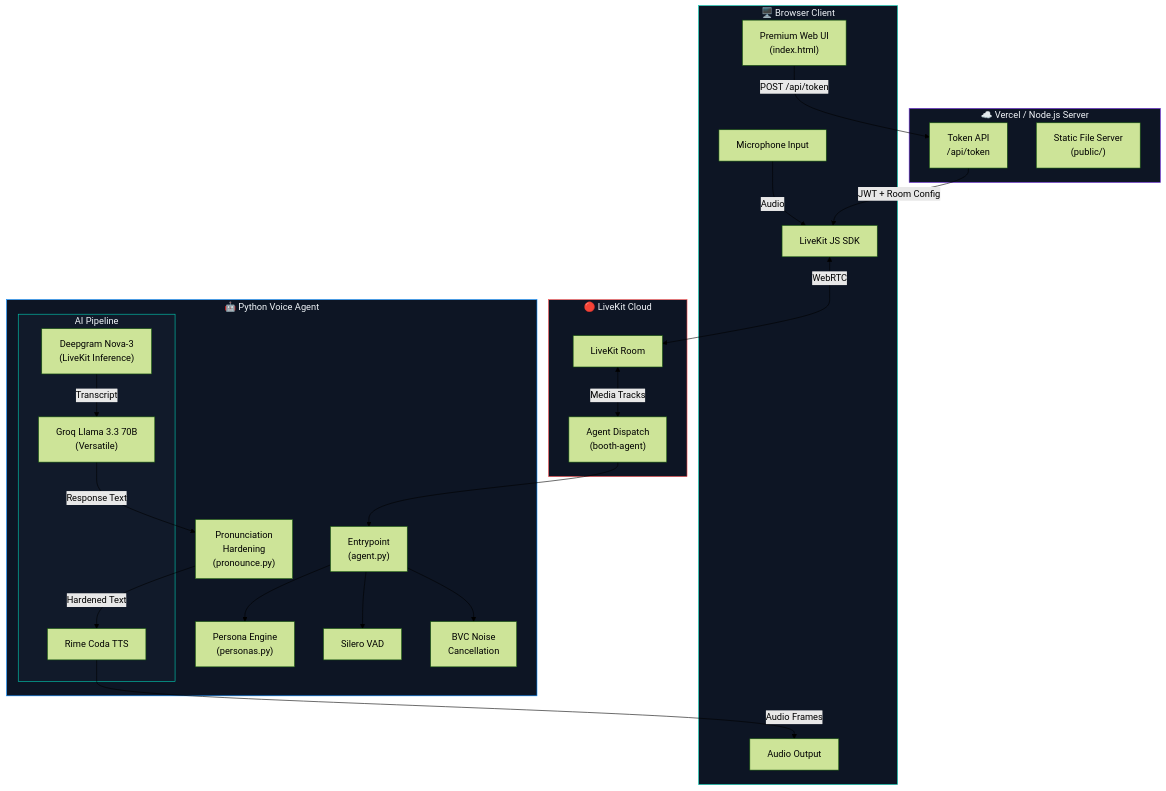
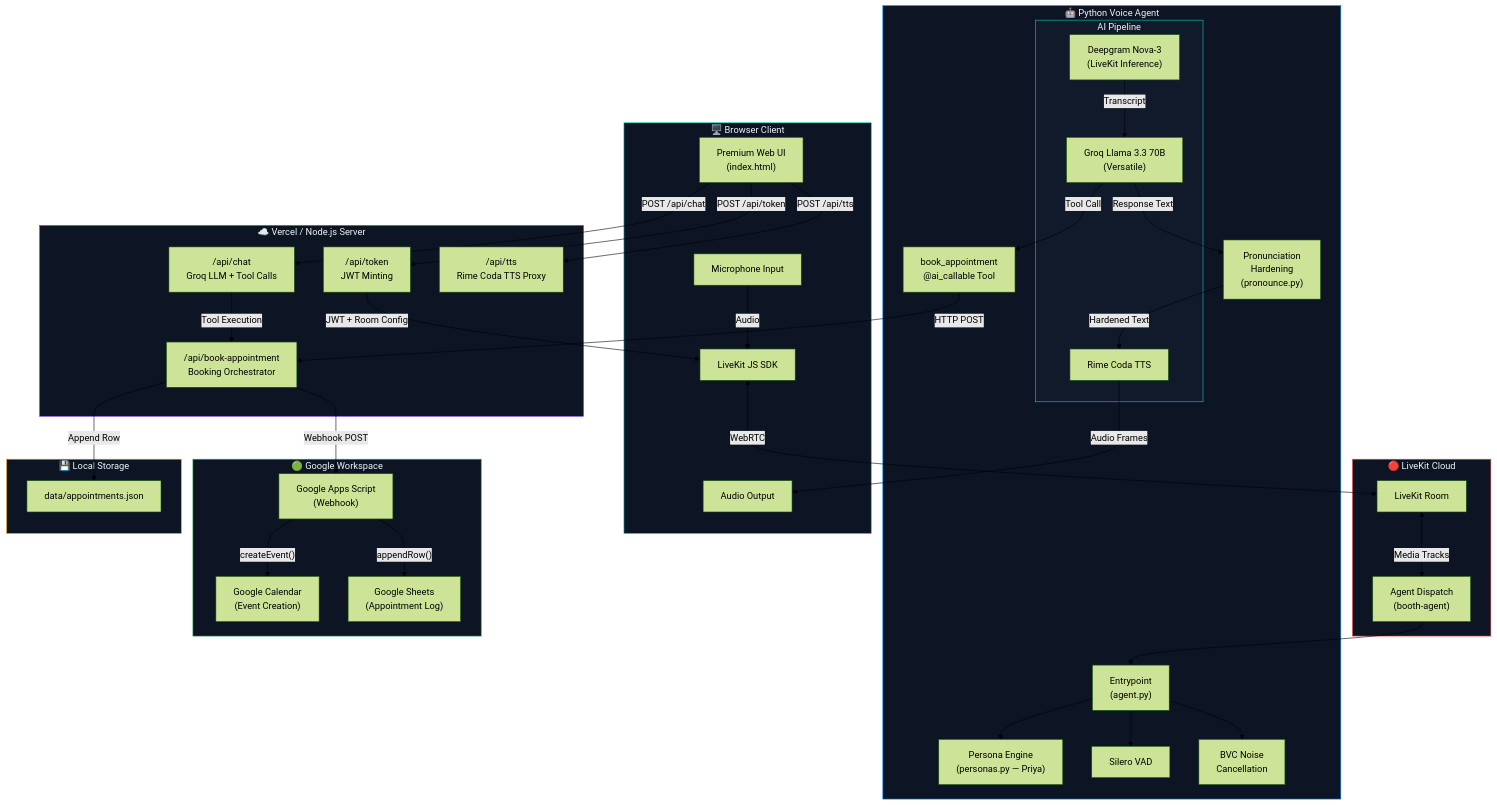
The first of 7 diagrams in README.md (MaanasVerma25/Booking-voice), drawn with Mermaid (forest theme) before and after one commit. The commit also changed other lines of this file, not shown here.

Commit message:
docs: complete README rewrite with Priya persona, Google Sheets/Calendar integration diagrams, and 7 Mermaid SVG flowcharts

````diff
--- a/README.md
+++ b/README.md
@@ -48,55 +54,80 @@
 ```mermaid
 graph TB
     subgraph CLIENT["🖥️ Browser Client"]
         UI["Premium Web UI<br/>(index.html)"]
         LK_JS["LiveKit JS SDK"]
         MIC["Microphone Input"]
         SPEAKER["Audio Output"]
     end
 
     subgraph VERCEL["☁️ Vercel / Node.js Server"]
-        TOKEN["Token API<br/>/api/token"]
-        STATIC["Static File Server<br/>(public/)"]
+        TOKEN["/api/token<br/>JWT Minting"]
+        CHAT["/api/chat<br/>Groq LLM + Tool Calls"]
+        TTS_API["/api/tts<br/>Rime Coda TTS Proxy"]
+        BOOK["/api/book-appointment<br/>Booking Orchestrator"]
     end
 
     subgraph LIVEKIT["🔴 LiveKit Cloud"]
         ROOM["LiveKit Room"]
         DISPATCH["Agent Dispatch<br/>(booth-agent)"]
     end
 
     subgraph AGENT["🤖 Python Voice Agent"]
         ENTRY["Entrypoint<br/>(agent.py)"]
-        PERSONA["Persona Engine<br/>(personas.py)"]
+        PERSONA["Persona Engine<br/>(personas.py — Priya)"]
         PRONOUNCE["Pronunciation<br/>Hardening<br/>(pronounce.py)"]
+        TOOL_CALL["book_appointment<br/>@ai_callable Tool"]
 
         subgraph PIPELINE["AI Pipeline"]
             STT["Deepgram Nova-3<br/>(LiveKit Inference)"]
             LLM["Groq Llama 3.3 70B<br/>(Versatile)"]
             TTS["Rime Coda TTS"]
         end
 
         VAD["Silero VAD"]
         BVC["BVC Noise<br/>Cancellation"]
     end
 
+    subgraph GOOGLE["🟢 Google Workspace"]
+        GAS["Google Apps Script<br/>(Webhook)"]
+        GCAL["Google Calendar<br/>(Event Creation)"]
+        GSHEET["Google Sheets<br/>(Appointment Log)"]
+    end
+
+    subgraph STORAGE["💾 Local Storage"]
+        JSON_DB["data/appointments.json"]
+    end
+
     MIC -->|Audio| LK_JS
     UI -->|"POST /api/token"| TOKEN
+    UI -->|"POST /api/chat"| CHAT
+    UI -->|"POST /api/tts"| TTS_API
     TOKEN -->|"JWT + Room Config"| LK_JS
     LK_JS <-->|"WebRTC"| ROOM
     ROOM <-->|"Media Tracks"| DISPATCH
     DISPATCH --> ENTRY
     ENTRY --> PERSONA
     ENTRY --> VAD
     ENTRY --> BVC
 
     STT -->|"Transcript"| LLM
     LLM -->|"Response Text"| PRONOUNCE
+    LLM -->|"Tool Call"| TOOL_CALL
     PRONOUNCE -->|"Hardened Text"| TTS
     TTS -->|"Audio Frames"| SPEAKER
+
+    CHAT -->|"Tool Execution"| BOOK
+    TOOL_CALL -->|"HTTP POST"| BOOK
+    BOOK -->|"Webhook POST"| GAS
+    BOOK -->|"Append Row"| JSON_DB
+    GAS -->|"createEvent()"| GCAL
+    GAS -->|"appendRow()"| GSHEET
 
     style CLIENT fill:#0D1524,stroke:#00D2B8,color:#F1F5F9
     style VERCEL fill:#0D1524,stroke:#7C3AED,color:#F1F5F9
     style LIVEKIT fill:#0D1524,stroke:#FF4D4D,color:#F1F5F9
     style AGENT fill:#0D1524,stroke:#0088FF,color:#F1F5F9
     style PIPELINE fill:#111A2A,stroke:#00D2B8,color:#F1F5F9
+    style GOOGLE fill:#0D1524,stroke:#34A853,color:#F1F5F9
+    style STORAGE fill:#0D1524,stroke:#F59E0B,color:#F1F5F9
 ```
````
